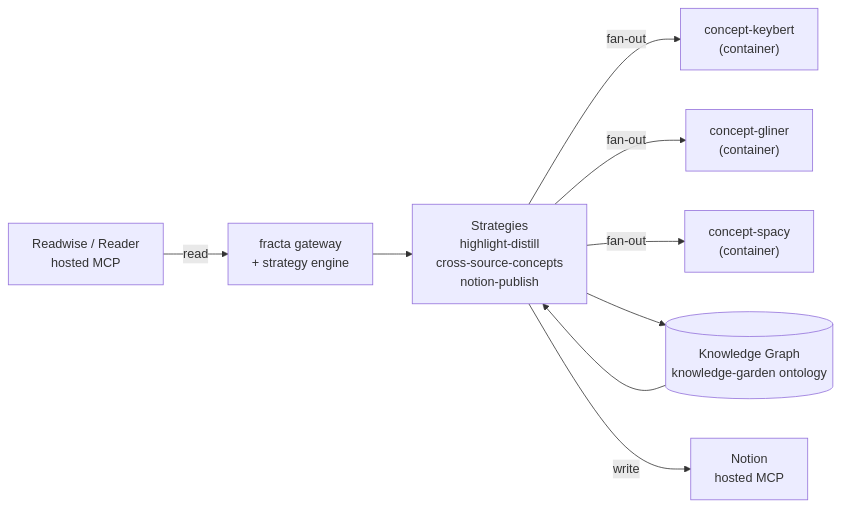
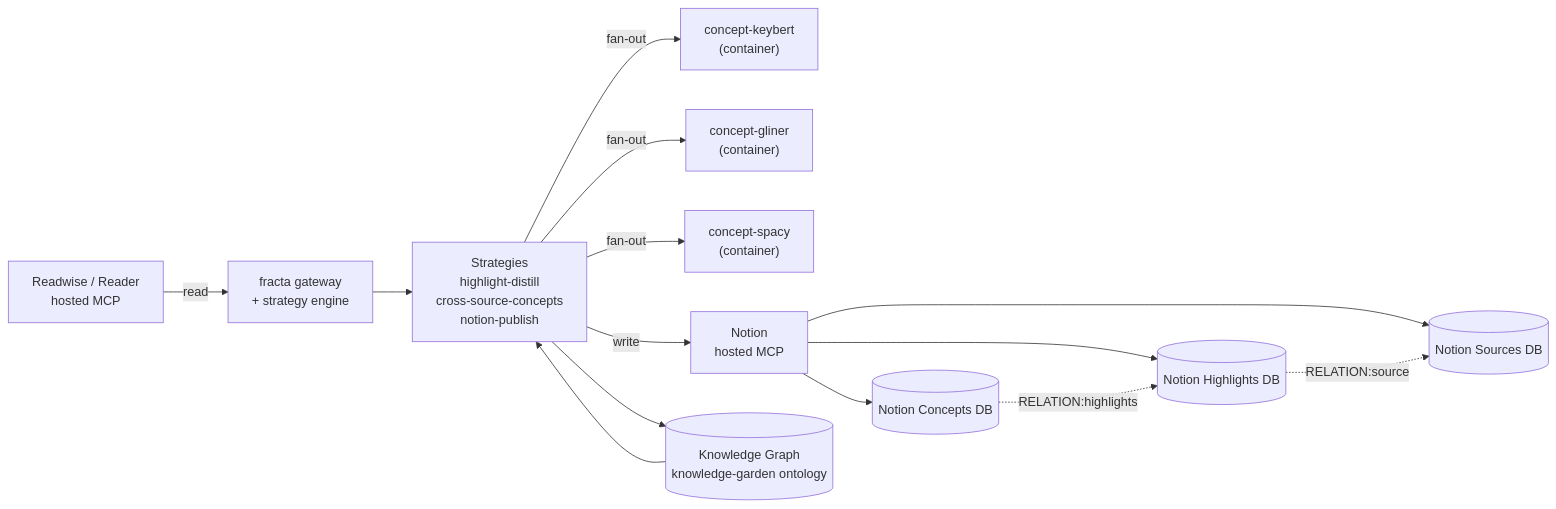
Before and after one commit to darkquasar/fracta: the diagram in docs/patterns/reading-garden/overview.mdx, drawn with Mermaid. The commit also changed other lines of this file and 4 other files, not shown here.

````diff
--- a/docs/patterns/reading-garden/overview.mdx
+++ b/docs/patterns/reading-garden/overview.mdx
@@ -56,21 +56,29 @@
 ```mermaid
 flowchart LR
     READWISE["Readwise / Reader<br/>hosted MCP"]
     KEYBERT["concept-keybert<br/>(container)"]
     GLINER["concept-gliner<br/>(container)"]
     SPACY["concept-spacy<br/>(container)"]
     NOTION["Notion<br/>hosted MCP"]
+    NSOURCES[("Notion Sources DB")]
+    NHIGHLIGHTS[("Notion Highlights DB")]
+    NCONCEPTS[("Notion Concepts DB")]
 
     GW["fracta gateway<br/>+ strategy engine"]
     KG[("Knowledge Graph<br/>knowledge-garden ontology")]
     STR["Strategies<br/>highlight-distill<br/>cross-source-concepts<br/>notion-publish"]
 
     READWISE -->|read| GW
     GW --> STR
     STR -->|fan-out| KEYBERT
     STR -->|fan-out| GLINER
     STR -->|fan-out| SPACY
     STR --> KG
     KG --> STR
     STR -->|write| NOTION
+    NOTION --> NSOURCES
+    NOTION --> NHIGHLIGHTS
+    NOTION --> NCONCEPTS
+    NCONCEPTS -.->|RELATION:highlights| NHIGHLIGHTS
+    NHIGHLIGHTS -.->|RELATION:source| NSOURCES
 ```
````
